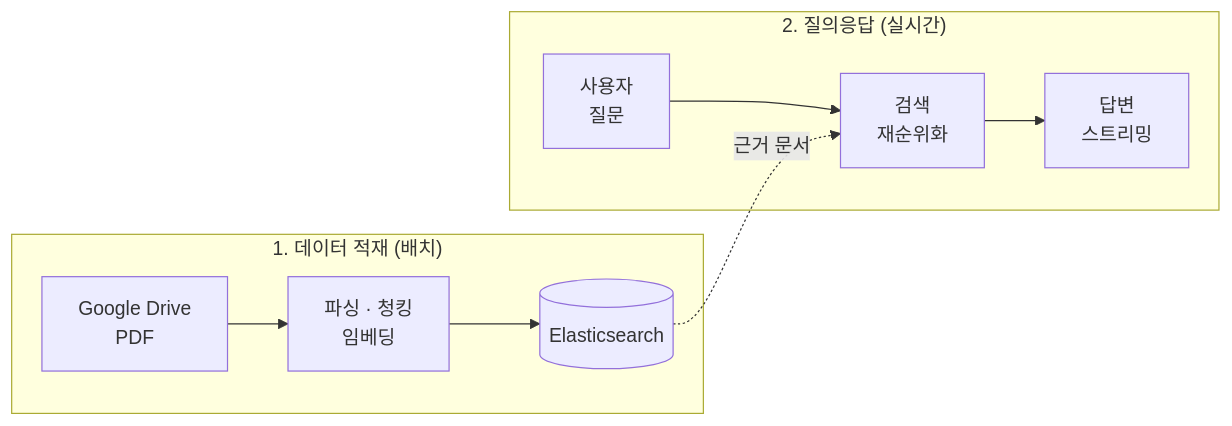
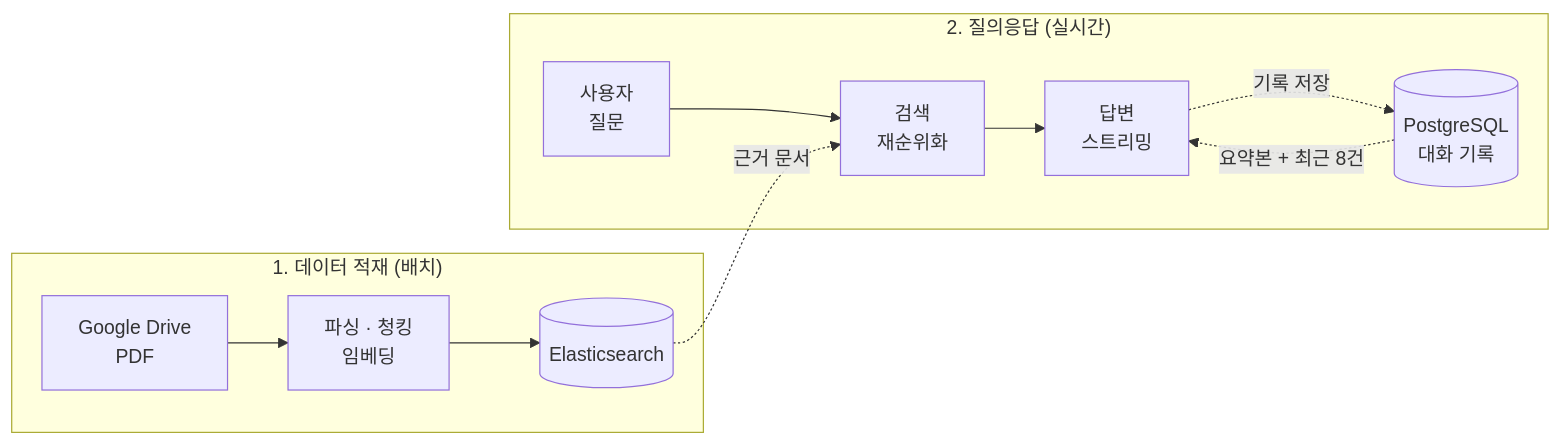
One commit to ev1025/HY_LLM_Chain changed the first of 4 diagrams in README.md. Above: the diagram before and after it, drawn with Mermaid.

Commit message:
docs: 개요 다이어그램에 대화 기록(요약본+최근 8건) 흐름 추가

````diff
--- a/README.md
+++ b/README.md
@@ -31,12 +31,14 @@
 ```mermaid
 flowchart LR
     subgraph P1["1. 데이터 적재 (배치)"]
         A["Google Drive<br/>PDF"] --> B["파싱 · 청킹<br/>임베딩"]
         B --> C[("Elasticsearch")]
     end
     subgraph P2["2. 질의응답 (실시간)"]
         Q["사용자<br/>질문"] --> R["검색<br/>재순위화"]
         R --> G["답변<br/>스트리밍"]
+        H[("PostgreSQL<br/>대화 기록")] -. "요약본 + 최근 8건" .-> G
+        G -. "기록 저장" .-> H
     end
     C -. 근거 문서 .-> R
 ```
````
